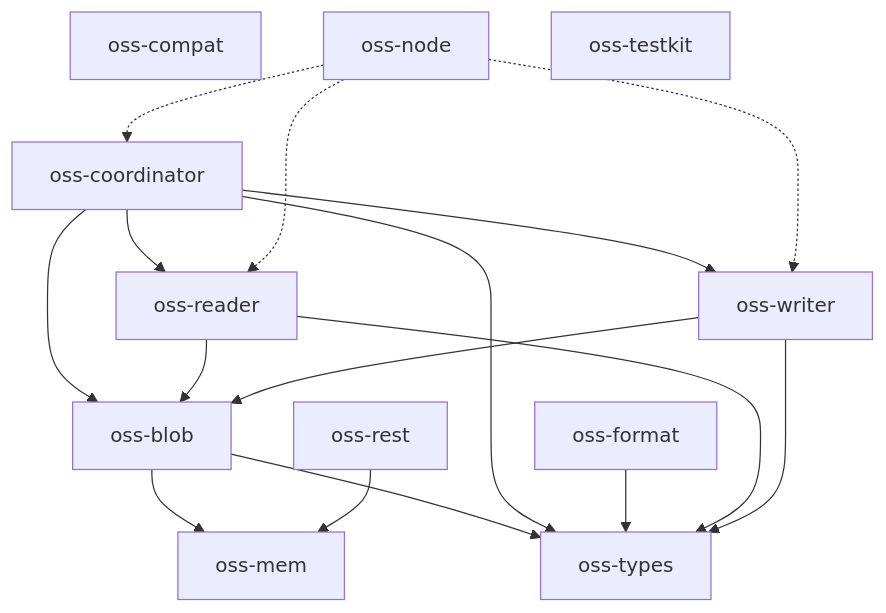
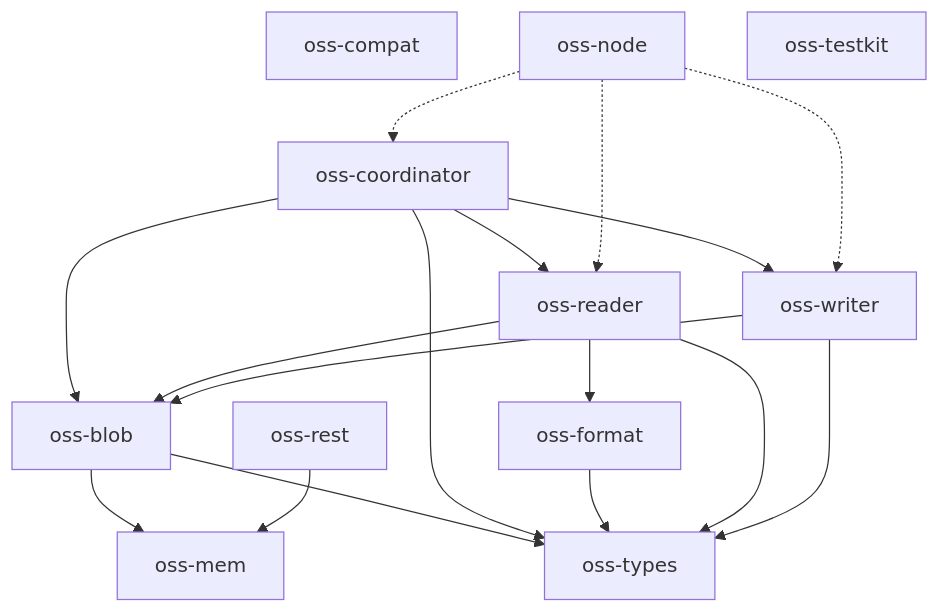
Before and after one commit to huyz0/opensearch-serverless: the diagram in docs/architecture.md, drawn with Mermaid. The commit also changed 14 other files, not shown here.

````diff
--- a/docs/architecture.md
+++ b/docs/architecture.md
@@ -10,22 +10,23 @@
 ```mermaid
 graph TD
     oss-blob --> oss-mem
     oss-blob --> oss-types
     oss-compat
     oss-coordinator --> oss-blob
     oss-coordinator --> oss-reader
     oss-coordinator --> oss-types
     oss-coordinator --> oss-writer
     oss-format --> oss-types
     oss-mem
     oss-node -.-> oss-coordinator
     oss-node -.-> oss-reader
     oss-node -.-> oss-writer
     oss-reader --> oss-blob
+    oss-reader --> oss-format
     oss-reader --> oss-types
     oss-rest --> oss-mem
     oss-testkit
     oss-types
     oss-writer --> oss-blob
     oss-writer --> oss-types
 ```
````
